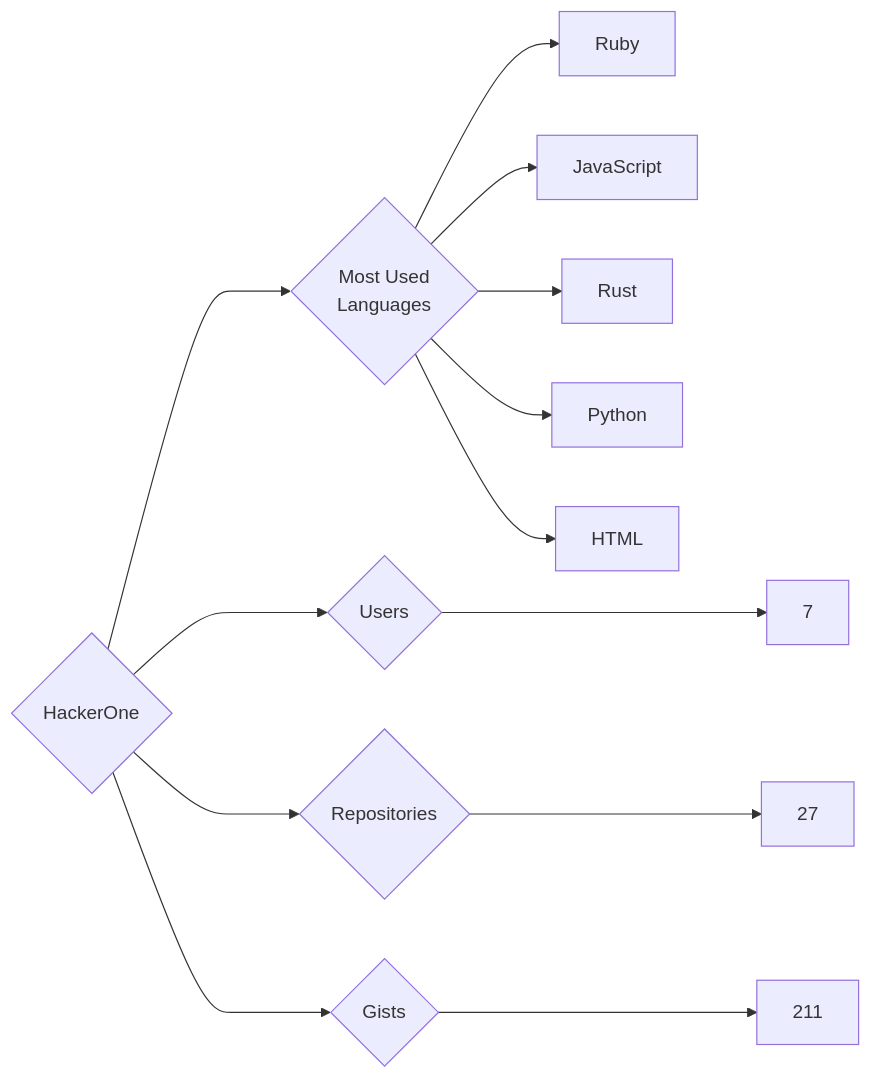
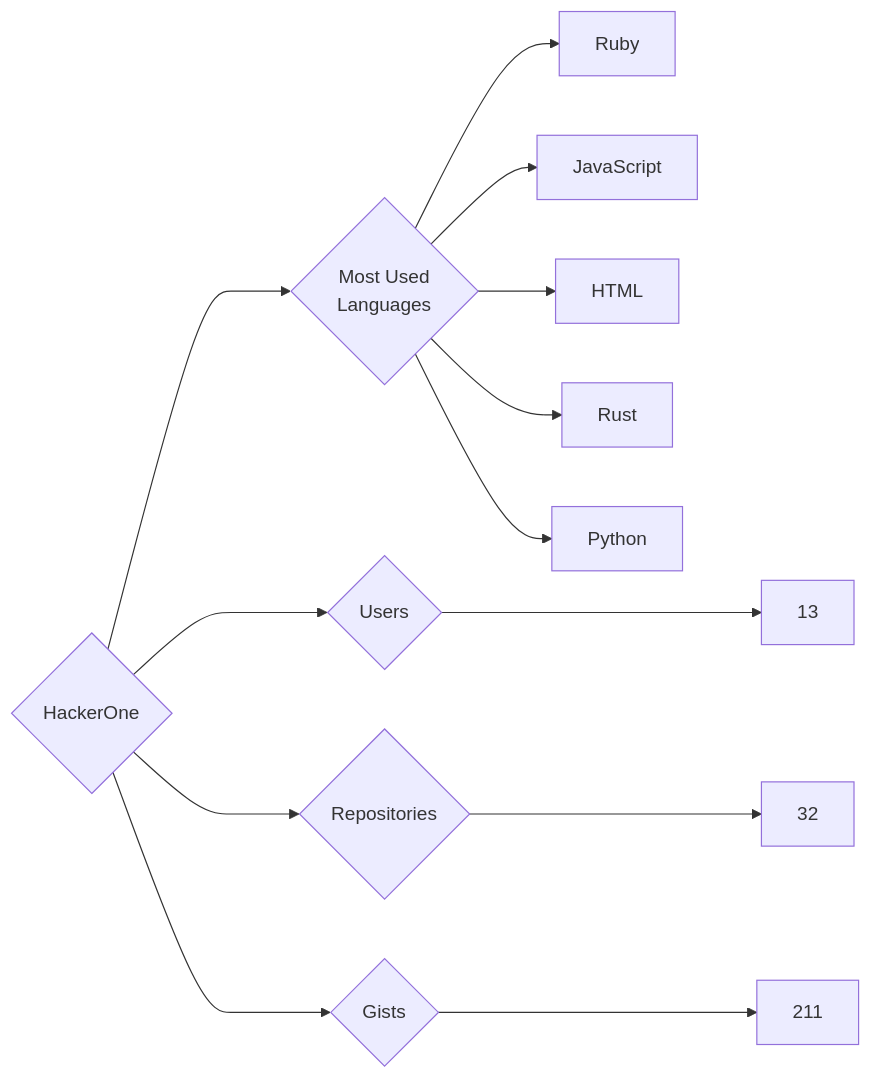
The diagram in targets/HackerOne/README.md (trickest/insiders), drawn with Mermaid before and after one commit. The commit also changed 1089 other files, not shown here.

````diff
--- a/targets/HackerOne/README.md
+++ b/targets/HackerOne/README.md
@@ -3,13 +3,13 @@
 ```mermaid
 graph LR
 COMPANY_NAME{HackerOne}
-COMPANY_NAME ---> U{Users} ---> UN[7]
-COMPANY_NAME ---> R{Repositories} ---> RN[27]
+COMPANY_NAME ---> U{Users} ---> UN[13]
+COMPANY_NAME ---> R{Repositories} ---> RN[32]
 COMPANY_NAME ---> G{Gists} ---> GN[211]
 COMPANY_NAME ---> ML{Most Used<br>Languages}
 ML --> Ruby[Ruby]
 ML --> JavaScript[JavaScript]
+ML --> HTML[HTML]
 ML --> Rust[Rust]
 ML --> Python[Python]
-ML --> HTML[HTML]
 ```
````
